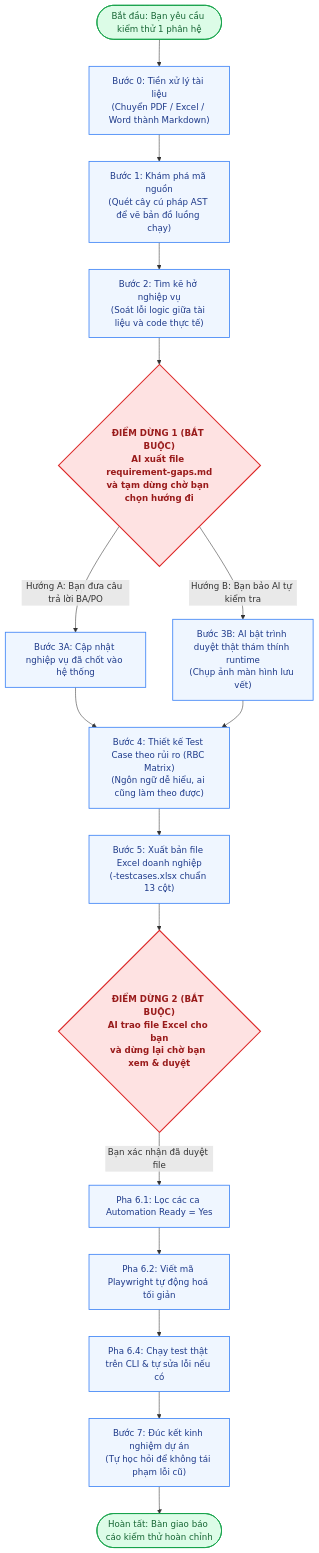
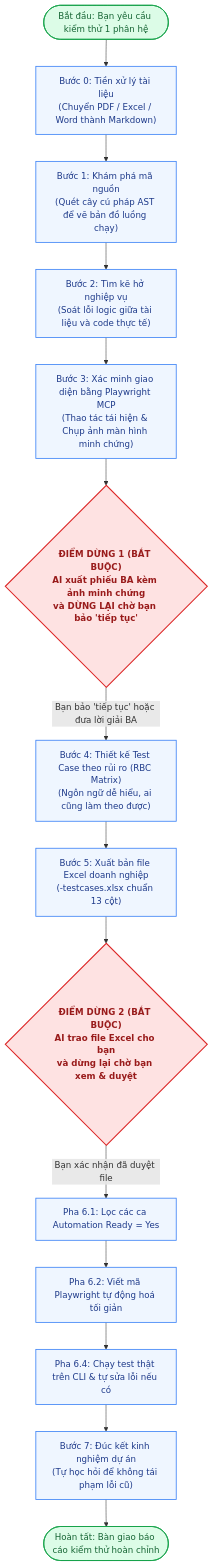
One commit to Dang-nhut-tan/QA-skill changed the diagram in README.md. Above: the diagram before and after it, drawn with Mermaid. The commit also changed other lines of this file and 5 other files, not shown here.

Commit message:
feat(workflow): proactively verify gaps on UI via Playwright MCP with screenshots before BA gate and require explicit continue command

````diff
--- a/README.md
+++ b/README.md
@@ -80,33 +80,30 @@
 ```mermaid
 flowchart TD
     Start(["Bắt đầu: Bạn yêu cầu kiểm thử 1 phân hệ"]) --> Step0["Bước 0: Tiền xử lý tài liệu\n(Chuyển PDF / Excel / Word thành Markdown)"]
     Step0 --> Step1["Bước 1: Khám phá mã nguồn\n(Quét cây cú pháp AST để vẽ bản đồ luồng chạy)"]
     Step1 --> Step2["Bước 2: Tìm kẽ hở nghiệp vụ\n(Soát lỗi logic giữa tài liệu và code thực tế)"]
+    Step2 --> Step3["Bước 3: Xác minh giao diện bằng Playwright MCP\n(Thao tác tái hiện & Chụp ảnh màn hình minh chứng)"]
     
-    Step2 --> Gate1{"ĐIỂM DỪNG 1 (BẮT BUỘC)\nAI xuất file requirement-gaps.md\nvà tạm dừng chờ bạn chọn hướng đi"}
+    Step3 --> Gate1{"ĐIỂM DỪNG 1 (BẮT BUỘC)\nAI xuất phiếu BA kèm ảnh minh chứng\nvà DỪNG LẠI chờ bạn bảo 'tiếp tục'"}
     
-    Gate1 -- "Hướng A: Bạn đưa câu trả lời BA/PO" --> Step3A["Bước 3A: Cập nhật nghiệp vụ đã chốt vào hệ thống"]
-    Gate1 -- "Hướng B: Bạn bảo AI tự kiểm tra" --> Step3B["Bước 3B: AI bật trình duyệt thật thám thính runtime\n(Chụp ảnh màn hình lưu vết)"]
-    
-    Step3A --> Step4["Bước 4: Thiết kế Test Case theo rủi ro (RBC Matrix)\n(Ngôn ngữ dễ hiểu, ai cũng làm theo được)"]
-    Step3B --> Step4
+    Gate1 -- "Bạn bảo 'tiếp tục' hoặc đưa lời giải BA" --> Step4["Bước 4: Thiết kế Test Case theo rủi ro (RBC Matrix)\n(Ngôn ngữ dễ hiểu, ai cũng làm theo được)"]
     
     Step4 --> Step5["Bước 5: Xuất bản file Excel doanh nghiệp\n(<module>-testcases.xlsx chuẩn 13 cột)"]
     
     Step5 --> Gate2{"ĐIỂM DỪNG 2 (BẮT BUỘC)\nAI trao file Excel cho bạn\nvà dừng lại chờ bạn xem & duyệt"}
     
     Gate2 -- "Bạn xác nhận đã duyệt file" --> Step61["Pha 6.1: Lọc các ca Automation Ready = Yes"]
     Step61 --> Step62["Pha 6.2: Viết mã Playwright tự động hoá tối giản"]
     Step62 --> Step64["Pha 6.4: Chạy test thật trên CLI & tự sửa lỗi nếu có"]
     
     Step64 --> Step7["Bước 7: Đúc kết kinh nghiệm dự án\n(Tự học hỏi để không tái phạm lỗi cũ)"]
     Step7 --> EndNode(["Hoàn tất: Bàn giao báo cáo kiểm thử hoàn chỉnh"])
 
     classDef humanStop fill:#FEE2E2,stroke:#DC2626,stroke-width:2px,color:#991B1B,font-weight:bold;
     classDef aiStep fill:#EFF6FF,stroke:#3B82F6,stroke-width:1.5px,color:#1E3A8A;
     classDef successNode fill:#DCFCE7,stroke:#16A34A,stroke-width:1.5px,color:#166534;
 
     class Gate1,Gate2 humanStop;
-    class Step0,Step1,Step2,Step3A,Step3B,Step4,Step5,Step61,Step62,Step64,Step7 aiStep;
+    class Step0,Step1,Step2,Step3,Step4,Step5,Step61,Step62,Step64,Step7 aiStep;
     class Start,EndNode successNode;
 ```
````
